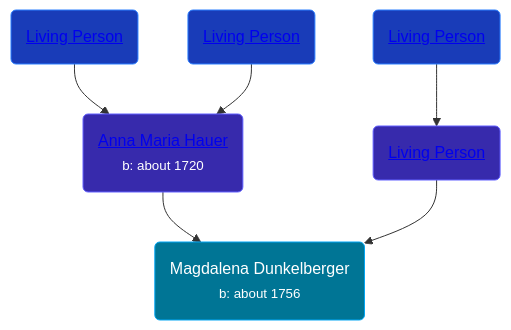
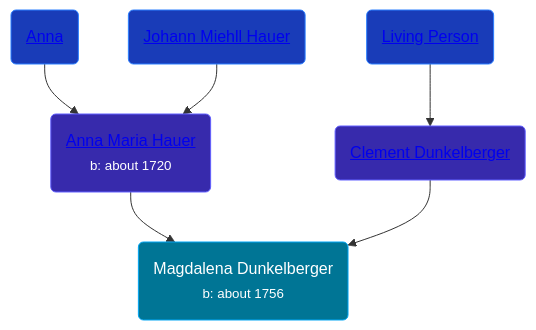
Before and after one commit to wpmgotkh/wpmgotkh.github.io: the diagram in pages/people/5/57016064.md, drawn with Mermaid. The commit also changed other lines of this file and 586 other files, not shown here.

Commit message:
feat: better shouldConsiderPersonLiving algo

````diff
--- a/pages/people/5/57016064.md
+++ b/pages/people/5/57016064.md
@@ -10,12 +10,12 @@
 ```mermaid
 graph
 classDef grands fill:#193cb8,stroke:#2b7fff,stroke-width:1px,color:#fff;
 classDef parents fill:#372aac,stroke:#615fff,stroke-width:1px,color:#fff;
 classDef primary fill:#007595,stroke:#00a6f4,stroke-width:1px,color:#fff;
 57016064(Magdalena Dunkelberger<br /><small>b: about 1756</small>):::primary
 22963774(<a class="text-white" href="/people/2/22963774">Anna Maria Hauer</a><br /><small>b: about 1720</small>):::parents-->57016064
-46044031(<a class="text-white" href="/people/4/46044031">Living Person</a>):::grands-->22963774
-22920858(<a class="text-white" href="/people/2/22920858">Living Person</a>):::grands-->22963774
-13545057(<a class="text-white" href="/people/1/13545057">Living Person</a>):::parents-->57016064
+46044031(<a class="text-white" href="/people/4/46044031">Anna </a>):::grands-->22963774
+22920858(<a class="text-white" href="/people/2/22920858">Johann Miehll Hauer</a>):::grands-->22963774
+13545057(<a class="text-white" href="/people/1/13545057">Clement Dunkelberger</a>):::parents-->57016064
 18284468(<a class="text-white" href="/people/1/18284468">Living Person</a>):::grands-->13545057
 ```
````
